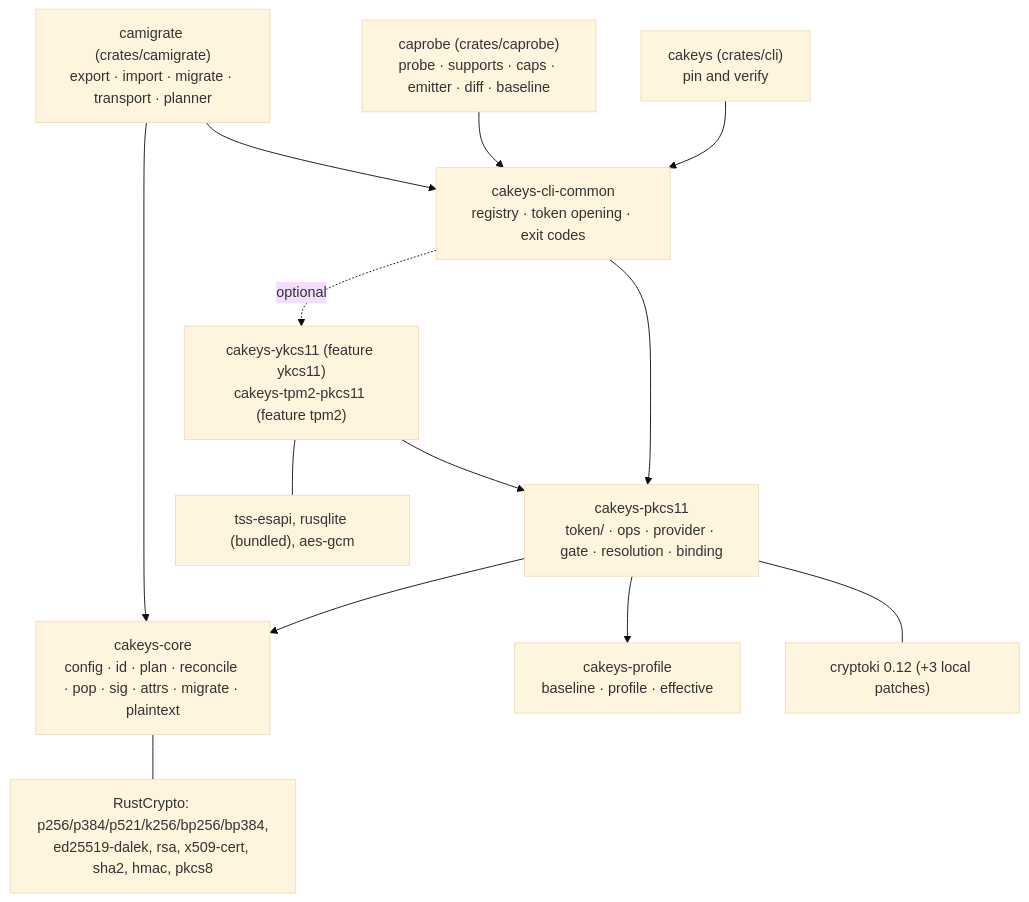
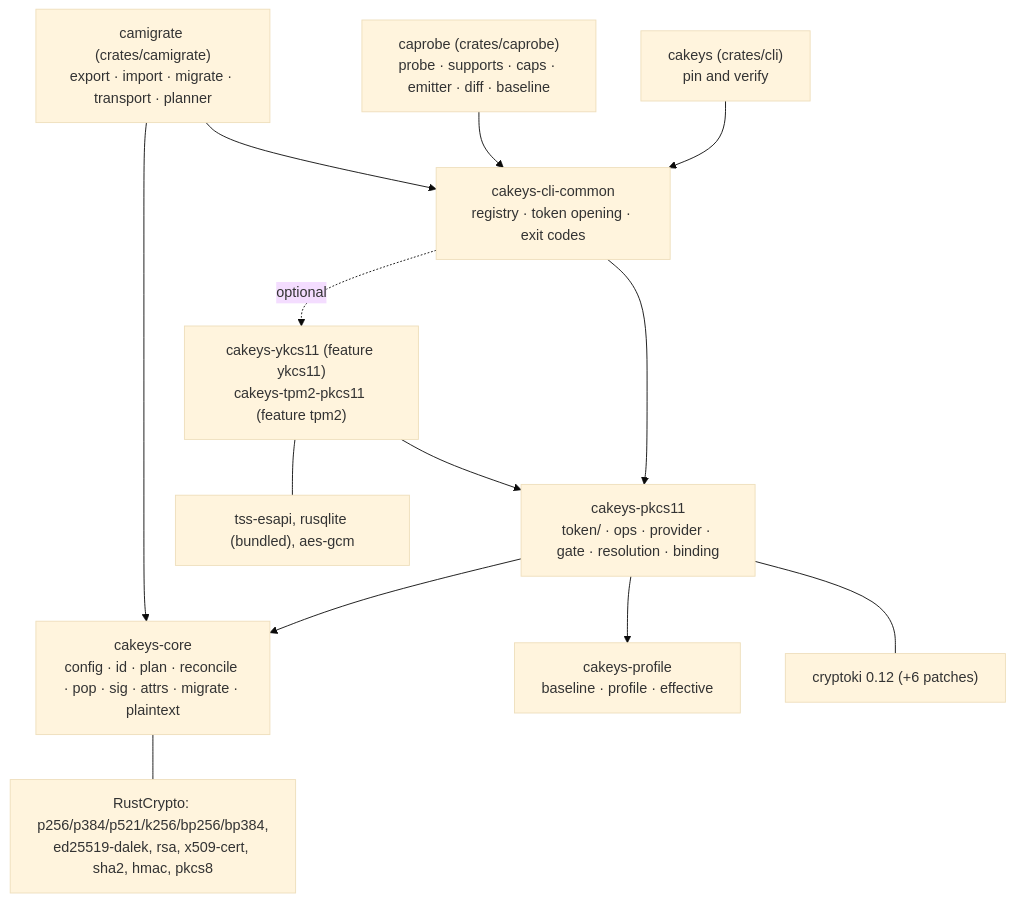
The first of 2 diagrams in docs/ARCHITECTURE.md (Princemachiavelli/cakeys), drawn with Mermaid (base theme) before and after one commit. The commit also changed other lines of this file and 9 other files, not shown here.

````diff
--- a/docs/ARCHITECTURE.md
+++ b/docs/ARCHITECTURE.md
@@ -42,25 +42,25 @@
 ```mermaid
 flowchart TD
     CLI["cakeys (crates/cli)<br/>pin and verify"]
     PROBE["caprobe (crates/caprobe)<br/>probe · supports · caps · emitter · diff · baseline"]
     MIG["camigrate (crates/camigrate)<br/>export · import · migrate · transport · planner"]
     COMMON["cakeys-cli-common<br/>registry · token opening · exit codes"]
     P11["cakeys-pkcs11<br/>token/ · ops · provider · gate · resolution · binding"]
     PROVS["cakeys-ykcs11 (feature ykcs11)<br/>cakeys-tpm2-pkcs11 (feature tpm2)"]
     CORE["cakeys-core<br/>config · id · plan · reconcile · pop · sig · attrs · migrate · plaintext"]
     PROF["cakeys-profile<br/>baseline · profile · effective"]
 
     CLI --> COMMON
     PROBE --> COMMON
     MIG --> COMMON
     COMMON --> P11
     COMMON -. optional .-> PROVS
     PROVS --> P11
     P11 --> CORE
     P11 --> PROF
     MIG --> CORE
 
     CORE --- RC["RustCrypto: p256/p384/p521/k256/bp256/bp384,<br/>ed25519-dalek, rsa, x509-cert, sha2, hmac, pkcs8"]
-    P11 --- CK["cryptoki 0.12 (+3 local patches)"]
+    P11 --- CK["cryptoki 0.12 (+6 patches)"]
     PROVS --- TSS["tss-esapi, rusqlite (bundled), aes-gcm"]
 ```
````
